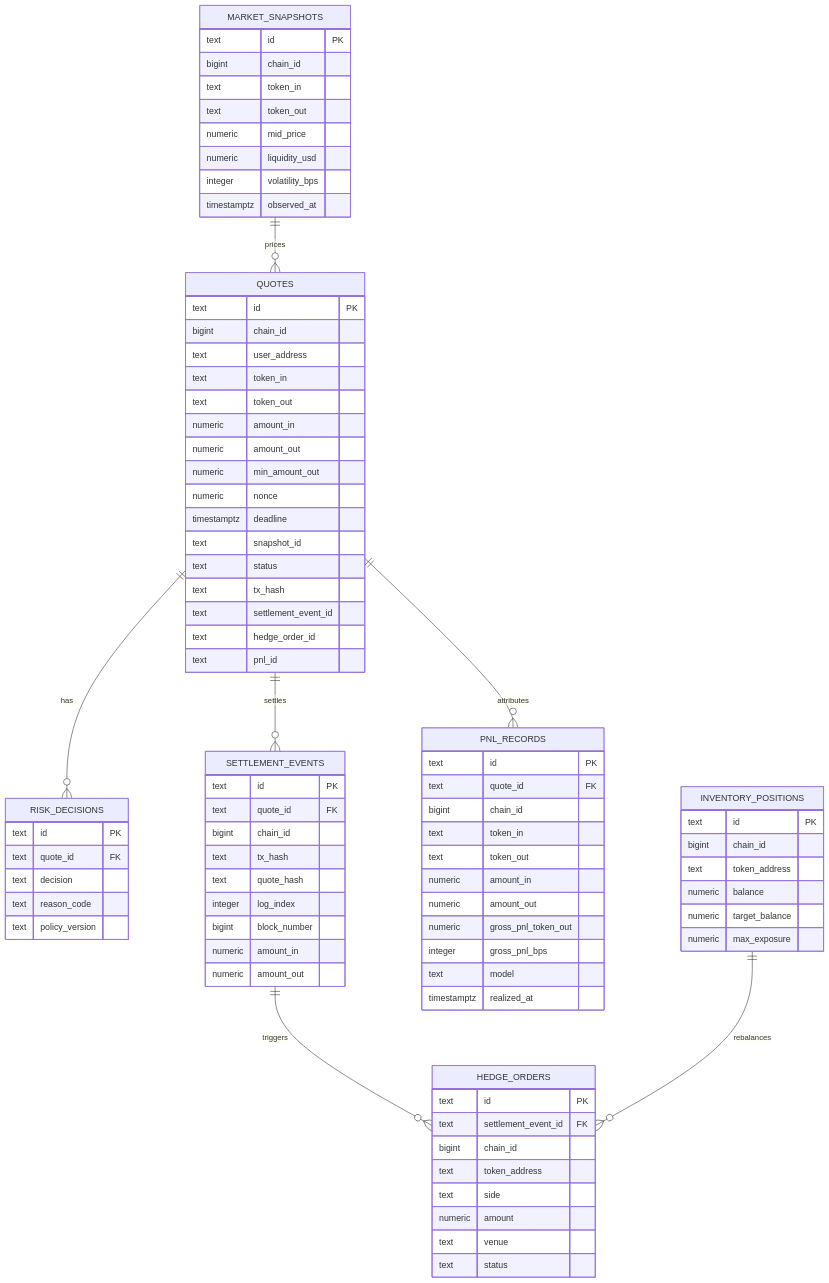
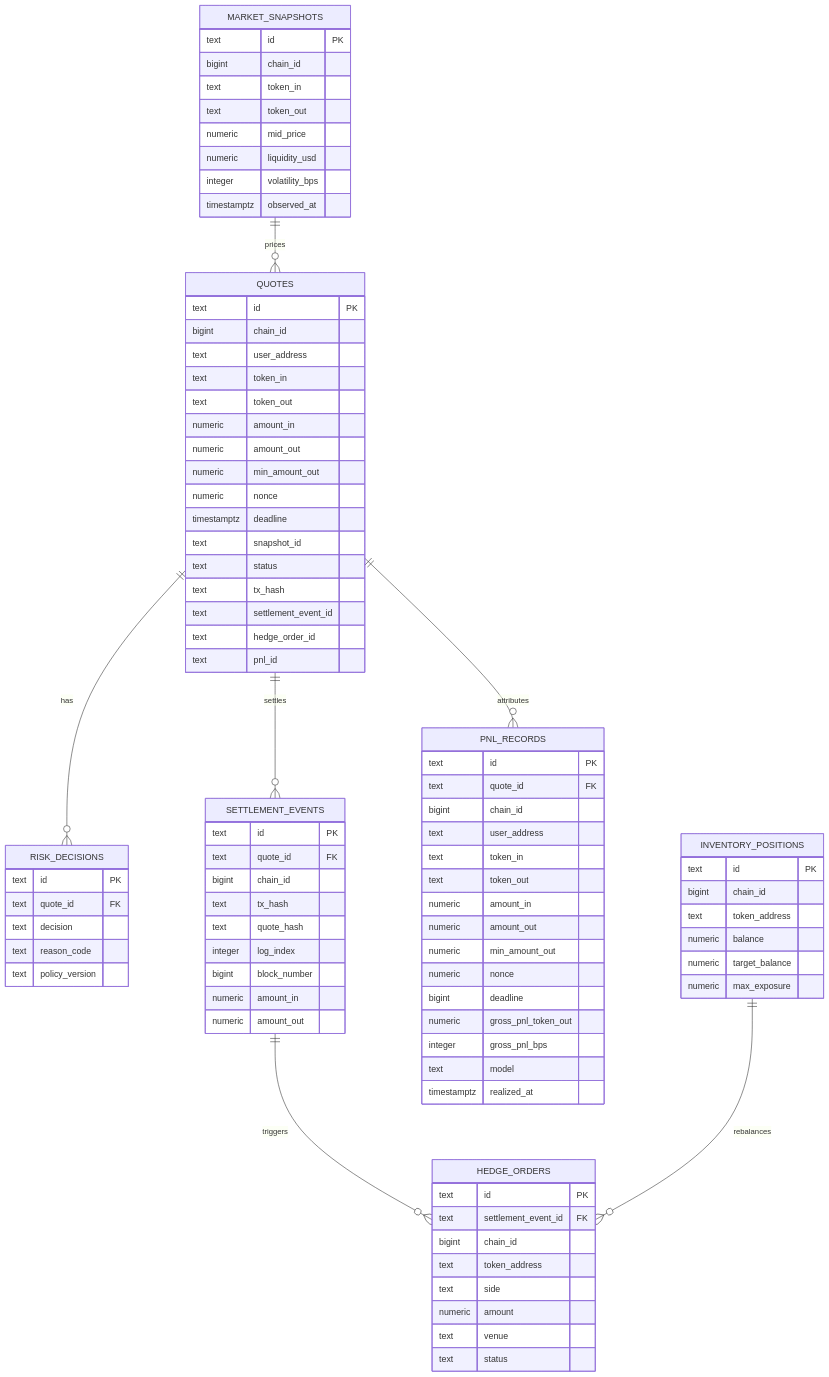
One commit to alvis-ai/production-grade-web3-rfq-market-maker changed the diagram in docs/database/er-diagram.md. Above: the diagram before and after it, drawn with Mermaid. The commit also changed other lines of this file and 12 other files, not shown here.

```diff
--- a/docs/database/er-diagram.md
+++ b/docs/database/er-diagram.md
@@ -85,10 +85,14 @@
     text id PK
     text quote_id FK
     bigint chain_id
+    text user_address
     text token_in
     text token_out
     numeric amount_in
     numeric amount_out
+    numeric min_amount_out
+    numeric nonce
+    bigint deadline
     numeric gross_pnl_token_out
     integer gross_pnl_bps
     text model
```
